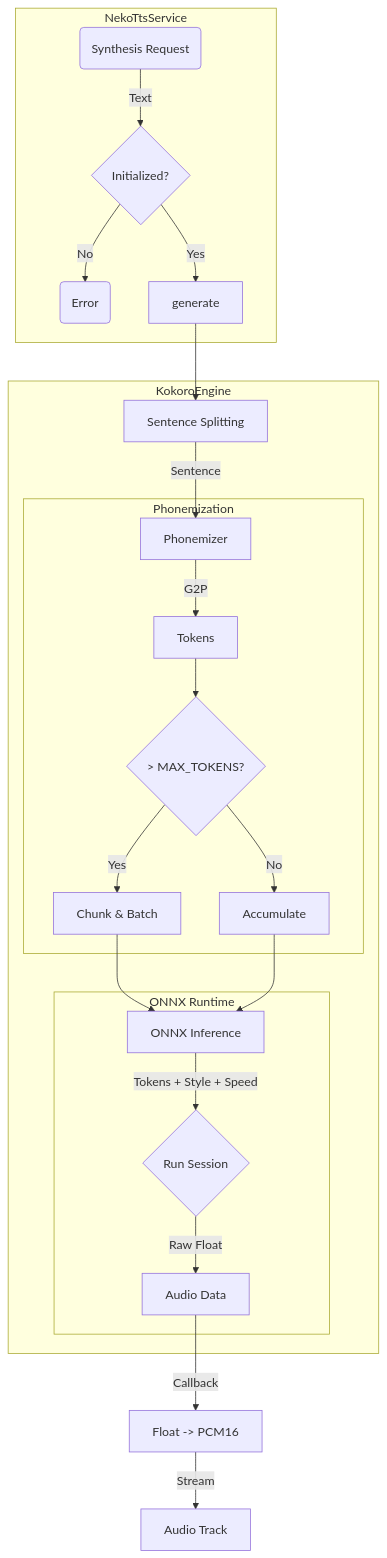
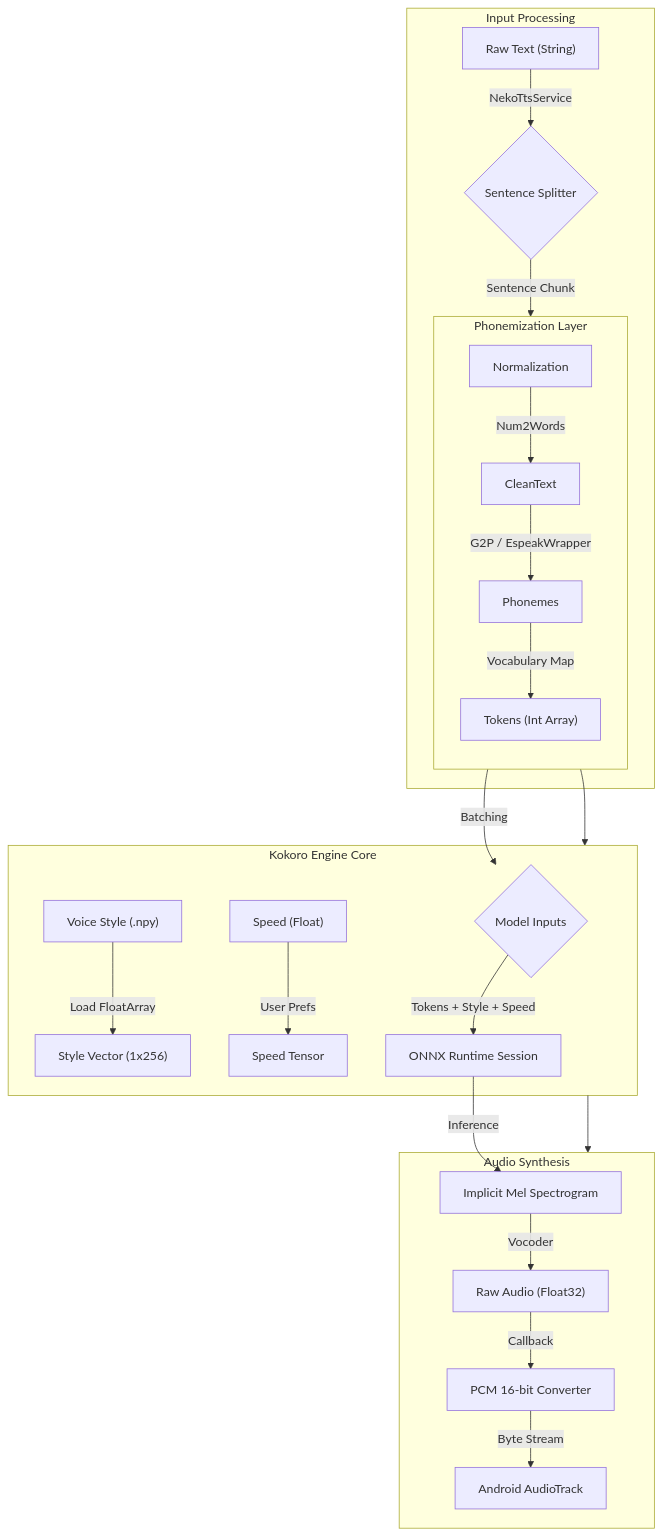
One commit to siva-sub/NekoSpeak changed the diagram in README.md. Above: the diagram before and after it, drawn with Mermaid. The commit also changed other lines of this file, not shown here.

Commit message:
docs: add technical deep dive and architecture diagram

````diff
--- a/README.md
+++ b/README.md
@@ -40,31 +52,32 @@
 ```mermaid
 graph TD
-    subgraph Service [NekoTtsService]
-        Req(Synthesis Request) -->|Text| Init{Initialized?}
-        Init -- No --> Err(Error)
-        Init -- Yes --> Gen[generate]
+    subgraph Input [Input Processing]
+        RawText["Raw Text (String)"] -->|NekoTtsService| Split{Sentence Splitter}
+        Split -->|Sentence Chunk| P[Phonemizer.kt]
+        
+        subgraph P [Phonemization Layer]
+            direction TB
+            Norm[Normalization] -->|Num2Words| CleanText
+            CleanText -->|G2P / EspeakWrapper| Phonemes
+            Phonemes -->|Vocabulary Map| Tokens["Tokens (Int Array)"]
+        end
     end
 
-    subgraph Engine [KokoroEngine]
-        Gen --> Split[Sentence Splitting]
-        Split -->|Sentence| G2P[Phonemizer]
+    subgraph Core [Kokoro Engine Core]
+        Tokens -->|Batching| Inputs{Model Inputs}
+        VoiceFile["Voice Style (.npy)"] -->|Load FloatArray| Style["Style Vector (1x256)"]
+        SpeedParam["Speed (Float)"] -->|User Prefs| Speed["Speed Tensor"]
         
-        subgraph Phonemization
-            G2P -->|G2P| Toks[Tokens]
-            Toks --> Limit{> MAX_TOKENS?}
-            Limit -- Yes --> Batch[Chunk & Batch]
-            Limit -- No --> Accum[Accumulate]
-        end
+        Inputs -->|Tokens + Style + Speed| ONNX[ONNX Runtime Session]
+    end
 
-        Batch --> Inf[ONNX Inference]
-        Accum --> Inf
-        
-        subgraph ONNX [ONNX Runtime]
-            Inf -->|Tokens + Style + Speed| Sess{Run Session}
-            Sess -->|Raw Float| Audio[Audio Data]
-        end
+    subgraph Output [Audio Synthesis]
+        ONNX -->|Inference| MelSpec[Implicit Mel Spectrogram]
+        MelSpec -->|Vocoder| FloatAudio["Raw Audio (Float32)"]
+        FloatAudio -->|Callback| PCM["PCM 16-bit Converter"]
+        PCM -->|Byte Stream| AudioTrack[Android AudioTrack]
     end
-    
-    Audio -->|Callback| PCM[Float -> PCM16]
-    PCM -->|Stream| Output[Audio Track]
+
+    P --> Core
+    Core --> Output
 ```
````
